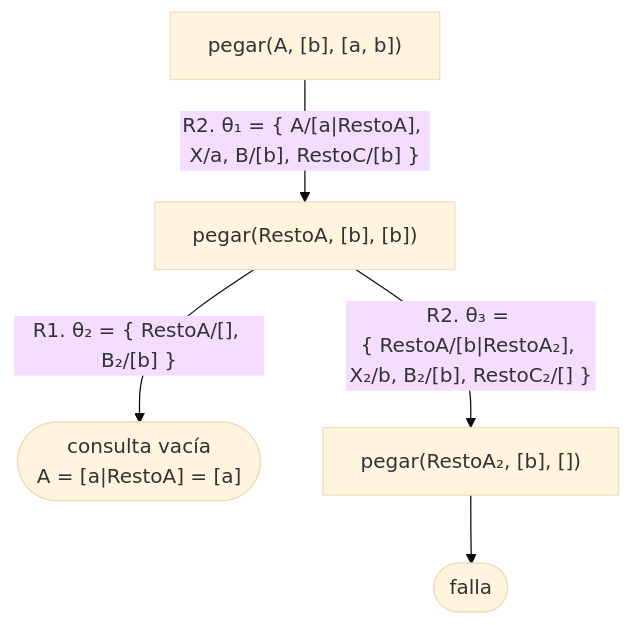
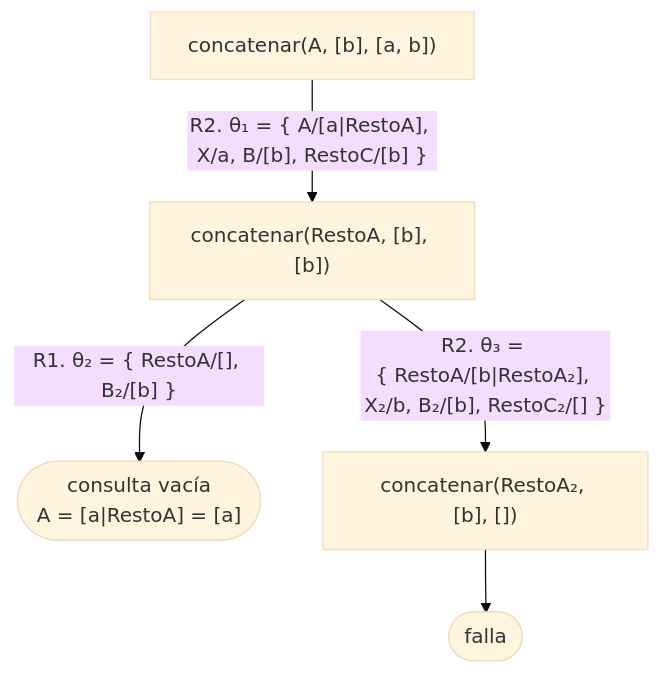
The sixth of 6 diagrams in docs/capitulo-07-listas/soluciones.md (CesarBallardini/curso-de-prolog), drawn with Mermaid (base theme) before and after one commit. The commit also changed other lines of this file and 3274 other files, not shown here.

````diff
--- a/docs/capitulo-07-listas/soluciones.md
+++ b/docs/capitulo-07-listas/soluciones.md
@@ -440,7 +477,7 @@
 ```mermaid
 flowchart TD
-    A["pegar(A, [b], [a, b])"] -- "R2. θ₁ = {&nbsp;A/[a|RestoA], X/a, B/[b], RestoC/[b]&nbsp;}" --> B["pegar(RestoA, [b], [b])"]
+    A["concatenar(A, [b], [a, b])"] -- "R2. θ₁ = {&nbsp;A/[a|RestoA], X/a, B/[b], RestoC/[b]&nbsp;}" --> B["concatenar(RestoA, [b], [b])"]
     B -- "R1. θ₂ = {&nbsp;RestoA/[], B₂/[b]&nbsp;}" --> S(["consulta vacía<br/>A = [a|RestoA] = [a]"])
-    B -- "R2. θ₃ = {&nbsp;RestoA/[b|RestoA₂], X₂/b, B₂/[b], RestoC₂/[]&nbsp;}" --> C["pegar(RestoA₂, [b], [])"]
+    B -- "R2. θ₃ = {&nbsp;RestoA/[b|RestoA₂], X₂/b, B₂/[b], RestoC₂/[]&nbsp;}" --> C["concatenar(RestoA₂, [b], [])"]
     C --> F(["falla"])
 ```
````
